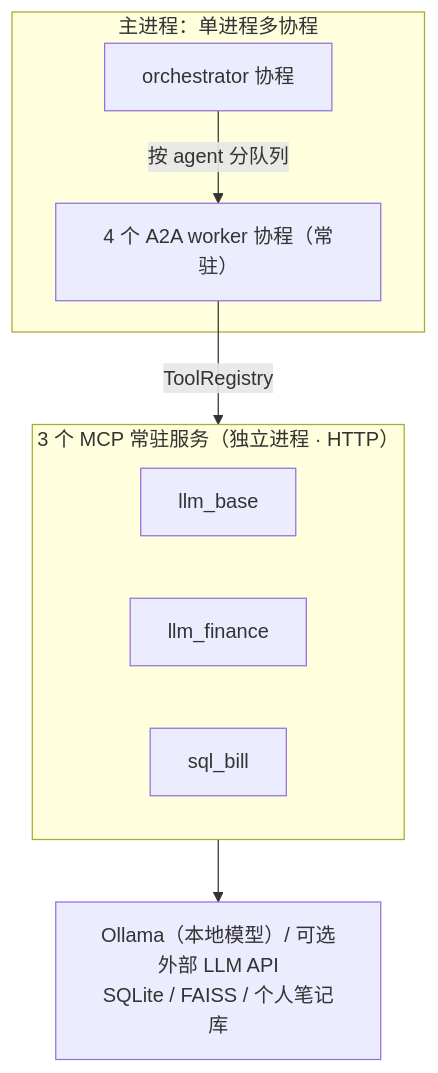
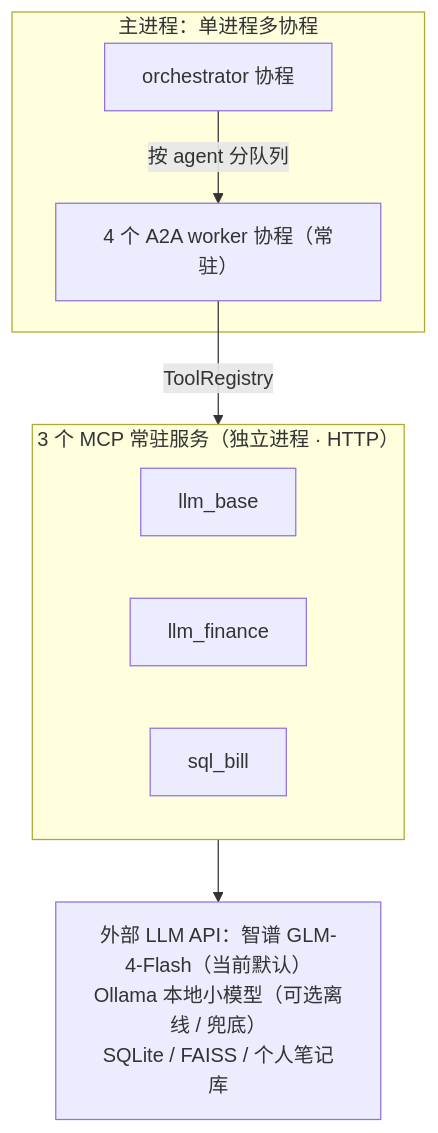
The sixth of 6 diagrams in README.md (ChenXB-168/billAgent), drawn with Mermaid before and after one commit. The commit also changed other lines of this file, not shown here.

Commit message:
docs: README 如实反映模型落地形态（智谱 GLM-4-Flash 外部默认，本地小模型降为可选通道）

````diff
--- a/README.md
+++ b/README.md
@@ -402,17 +408,17 @@
 ```mermaid
 flowchart TB
     subgraph MAIN["主进程：单进程多协程"]
         ORCH2["orchestrator 协程"]
         WK["4 个 A2A worker 协程（常驻）"]
     end
     subgraph MCP["3 个 MCP 常驻服务（独立进程 · HTTP）"]
         M1["llm_base"]
         M2["llm_finance"]
         M3["sql_bill"]
     end
-    EXT["Ollama（本地模型）/ 可选外部 LLM API<br/>SQLite / FAISS / 个人笔记库"]
+    EXT["外部 LLM API：智谱 GLM-4-Flash（当前默认）<br/>Ollama 本地小模型（可选离线 / 兜底）<br/>SQLite / FAISS / 个人笔记库"]
 
     ORCH2 -->|按 agent 分队列| WK
     WK -->|ToolRegistry| MCP
     MCP --> EXT
 ```
````
